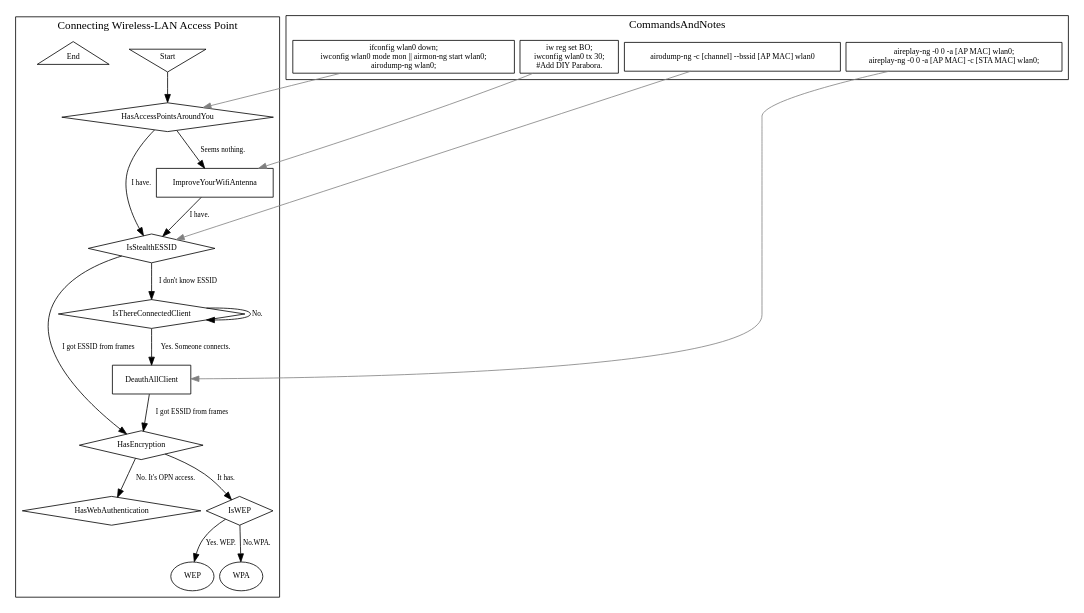
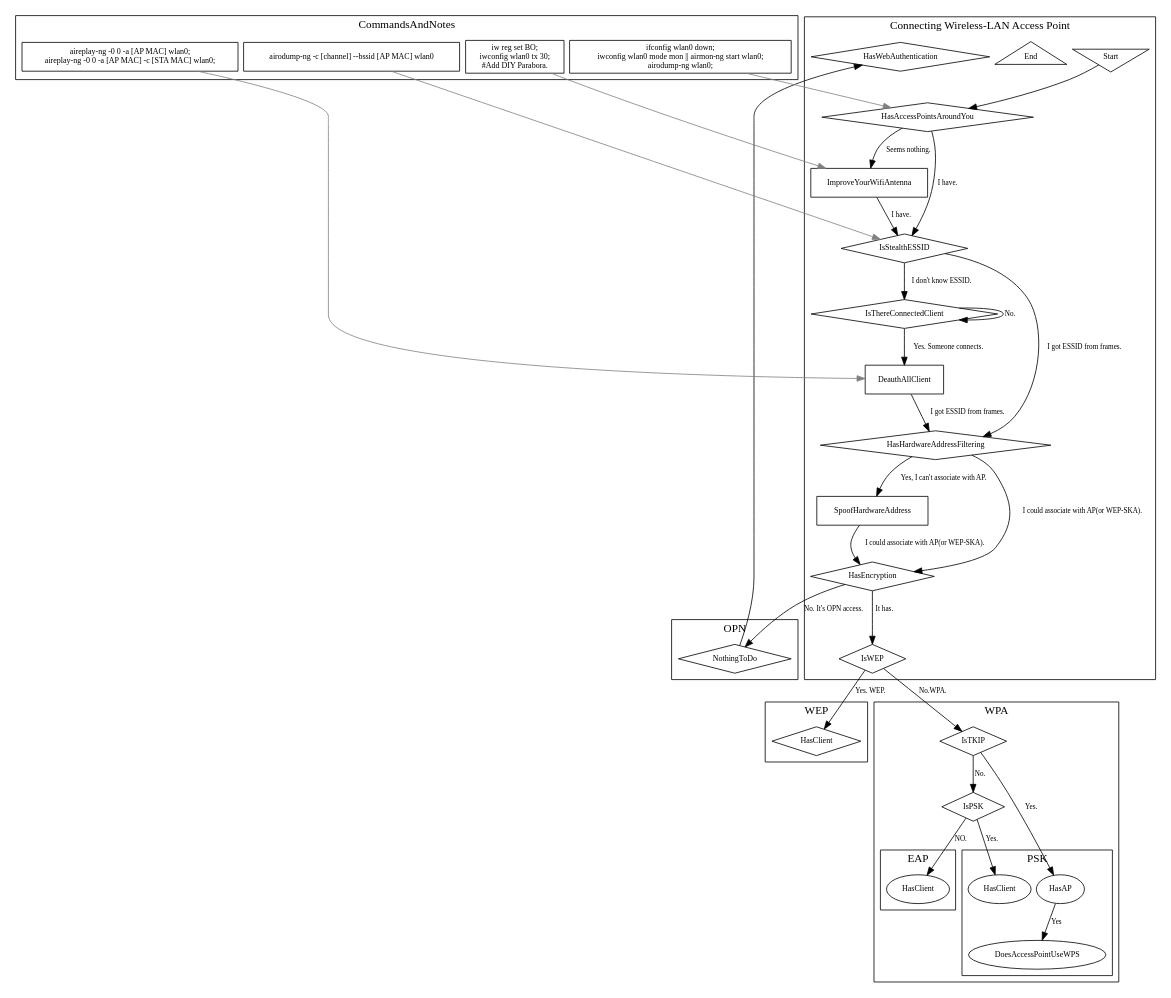
Before and after one commit to syakesaba/wlan: the diagram in flow.dot, drawn with Graphviz. The commit also changed 1 other file, not shown here.

```diff
--- a/flow.dot
+++ b/flow.dot
@@ -1,112 +1,156 @@
 /*
 Graphviz - DOT language writing!
 $dot -Tsvg this.dot -o this.svg
 */
 digraph Diagram {
-    //PROFILE [label = "Connecting WLAN", shape=none];
+    //PROFILE [label = "written by SYA-KE", shape=none];
     nodesep=0.1;
     node [fontsize=10];
     edge [fontsize=9];
+    subgraph clusterOPN{
+        label = "OPN";
+        subgraph OPN_N_If {
+            node [shape=diamond]
+            NothingToDo;
+        }
+        subgraph OPN_Flow {
+        }
+    }
+    subgraph clusterWEP {
+        label = "WEP";
+        subgraph WEP_N_If {
+            node [shape=diamond]
+            HasClient_WEP [label="HasClient"];
+        }
+        subgraph WEP_Flow {
+        }
+    }
+    subgraph clusterWPA {
+        label = "WPA";
+        subgraph WPA_N_If {
+            node [shape=diamond]
+            IsTKIP;
+            IsPSK;
+        }
+        subgraph WPA_Flow {
+            IsTKIP -> HasAP_PSK [label="Yes."];
+            IsTKIP -> IsPSK [label="No."];
+            //IsTKIP -> KobeCrack [label="gain xor -> sniff and forge packets(do XOR each transaction)"]
+            IsPSK -> HasClient_PSK [label="Yes."];
+            IsPSK -> HasClient_EAP [label="NO."];
+        }
+        subgraph clusterPSK {
+            label = "PSK";
+            subgraph PSK_N_If {
+                HasClient_PSK [label="HasClient"];
+                HasAP_PSK [label="HasAP"];
+                HasAP_WPS_PSK [label="DoesAccessPointUseWPS"];
+            }
+            subgraph PSK_N_Flow {
+                HasAP_PSK -> HasAP_WPS_PSK [label="Yes"];
+                //HasAP_PSK -> HasClient_PSK [label="Yes"];
+                //HasClient_PSK -> HasAP_PSK [label="Yes."];
+                //HasClient_PSK -> HasAP_PSK [label="No."]
+            }
+        }
+        subgraph clusterEAP {
+            label = "EAP";
+            HasClient_EAP [label="HasClient"];
+        }
+    }
     subgraph clusterMain {
         label = "Connecting Wireless-LAN Access Point";
         subgraph N_Start {
             node [shape=invtriangle];
             Start;
         }
         subgraph N_End {
             node [shape=triangle];
             End;
         }
         subgraph Nodes {
             subgraph N_Do {
                 node [shape=box];
                 ImproveYourWifiAntenna [URL="http://www.instructables.com/id/DIY-WIFI-Antenna-Reception-Booster/"];
                 DeauthAllClient [URL="http://www.aircrack-ng.org/doku.php?id=deauthentication"];
+                SpoofHardwareAddress [URL="http://www.securethelock.com/2013/12/03/how-to-bypass-mac-address-filtering-using-backtrackkali-linux/"]
             }
             subgraph N_If {
                 node [shape=diamond];
                 HasAccessPointsAroundYou [URL="http://www.aircrack-ng.org/doku.php?id=airodump-ng"];
                 IsStealthESSID [URL="http://securitysynapse.blogspot.jp/2014/01/wireless-pentesting-on-cheap-kali-hiddenSSID.html"];
                 IsThereConnectedClient [URL="http://blackhat6969.blogspot.jp/2012/09/down-and-dirty-wifi-cracking-with.html"];
+                HasHardwareAddressFiltering [URL="http://synjunkie.blogspot.jp/2007/12/bypass-hidden-ssid-mac-address-filter.html"];
                 HasEncryption [URL="http://www.dummies.com/how-to/content/wireless-security-protocols-wep-wpa-and-wpa2.html"];
                 HasWebAuthentication [URL="http://www.slideshare.net/support_cyberoam/hotspot-authentication"];
                 IsWEP [URL="http://www.howtogeek.com/167783/htg-explains-the-difference-between-wep-wpa-and-wpa2-wireless-encryption-and-why-it-matters/"];
             }
         }
         subgraph Flow {
             Start -> HasAccessPointsAroundYou;
             {HasAccessPointsAroundYou ImproveYourWifiAntenna} -> IsStealthESSID [label="I have."];
             HasAccessPointsAroundYou -> ImproveYourWifiAntenna [label="Seems nothing."];
-            IsStealthESSID -> IsThereConnectedClient [label="I don't know ESSID"];
+            IsStealthESSID -> IsThereConnectedClient [label="I don't know ESSID."];
             IsThereConnectedClient -> DeauthAllClient [label="Yes. Someone connects."];
             IsThereConnectedClient -> IsThereConnectedClient [label="No."];
-            {IsStealthESSID DeauthAllClient } -> HasEncryption [label="I got ESSID from frames"];
-            HasEncryption -> HasWebAuthentication [label="No. It's OPN access."]
+            {IsStealthESSID DeauthAllClient } -> HasHardwareAddressFiltering [label="I got ESSID from frames."]
+            HasHardwareAddressFiltering -> SpoofHardwareAddress [label="Yes, I can't associate with AP."]
+            {HasHardwareAddressFiltering SpoofHardwareAddress} -> HasEncryption [label="I could associate with AP(or WEP-SKA)."]
+
+            HasEncryption -> NothingToDo [label="No. It's OPN access."]
+            //goto clusterOPN
+
             HasEncryption -> IsWEP [label="It has."];
-            IsWEP -> WEP [label="Yes. WEP."];
-            IsWEP -> WPA [label="No.WPA."];
+            IsWEP -> HasClient_WEP [label="Yes. WEP."];
+            //goto clusterWEP
+
+            IsWEP -> IsTKIP [label="No.WPA."];
+            //goto clusterWPA
+
+            //backfrom OPN/WEP/WPA
+            NothingToDo -> HasWebAuthentication;
         }
     }
     subgraph clusterCommands {
         label = "CommandsAndNotes";
         subgraph Nt_Command {
             node [shape=box];
             HasAccessPointsAroundYouCommand [label="ifconfig wlan0 down;\niwconfig wlan0 mode mon || airmon-ng start wlan0;\nairodump-ng wlan0;\n"];
             ImproveYourWifiAntennaCommand [label="iw reg set BO;\niwconfig wlan0 tx 30;\n#Add DIY Parabora."];
             IsStealthESSIDCommand [label="airodump-ng -c [channel] --bssid [AP MAC] wlan0"]
             DeauthAllClientCommand [label="aireplay-ng -0 0 -a [AP MAC] wlan0;\naireplay-ng -0 0 -a [AP MAC] -c [STA MAC] wlan0;"];
         }
         subgraph Nt_Flow {
             edge [color=gray];
             HasAccessPointsAroundYouCommand -> HasAccessPointsAroundYou;
             ImproveYourWifiAntennaCommand -> ImproveYourWifiAntenna;
             IsStealthESSIDCommand -> IsStealthESSID;
             DeauthAllClientCommand -> DeauthAllClient;
-        }
-    }
-    subgraph clusterWEP {
-        label = "WEP";
-        compound = true;
-        subgraph Nodes_WEP {
-            node [shape=box]
-            WEP;
-        }
-        subgraph Flow_WEP {
-        }
-    }
-    subgraph clusterWPA {
-        label = "WPA";
-        compound = true;
-        subgraph Nodes_WPA {
-            node [shape=box]
-            WPA;
-        }
-        subgraph Flow_WPA {
         }
     }
 }
         //subgraph clusterFlow {
         /*
         subgraph Flow {
             IcapRequest -> IsREQMOD [label="ICAP Request From Proxy"];
             {IsREQMOD -> IsRESPMOD [label="no"]} -> IsHTTP [label="yes"];
 
             IsHTTP -> IsHTTPResponse [label="yes"];
 
             IsHTTPResponse -> IsHTTPRequest [label="no"];
             IsHTTPResponse -> HasCanariaCookie [label="yes"];
             HasCanariaCookie -> SetCanariaCookie [label="no"];
             HasCanariaCookie -> 204 [label="yes"];
             SetCanariaCookie -> 200 [label="mod please"];
 
             IsHTTPRequest -> CheckURL_ModSecurity_Canaria [label="yes"];
             {CheckURL_ModSecurity_Canaria -> CheckBody_ModSecurity_Canaria [label="OK"]} -> 403 [label="XSS!"];
             CheckBody_ModSecurity_Canaria -> 204 [label="OK"];
 
             {IsRESPMOD IsHTTP IsHTTPRequest} -> 204 [label="Exception"];//OPTIONS, etc..
             {rank=same; 200 204 403} -> IcapResponse [label="ICAP Response to Proxy"];//同じ階層に
         }
         //{edge[style=invis];
             //{IcapRequest} -> {IcapResponse};
         //}
         */
```
